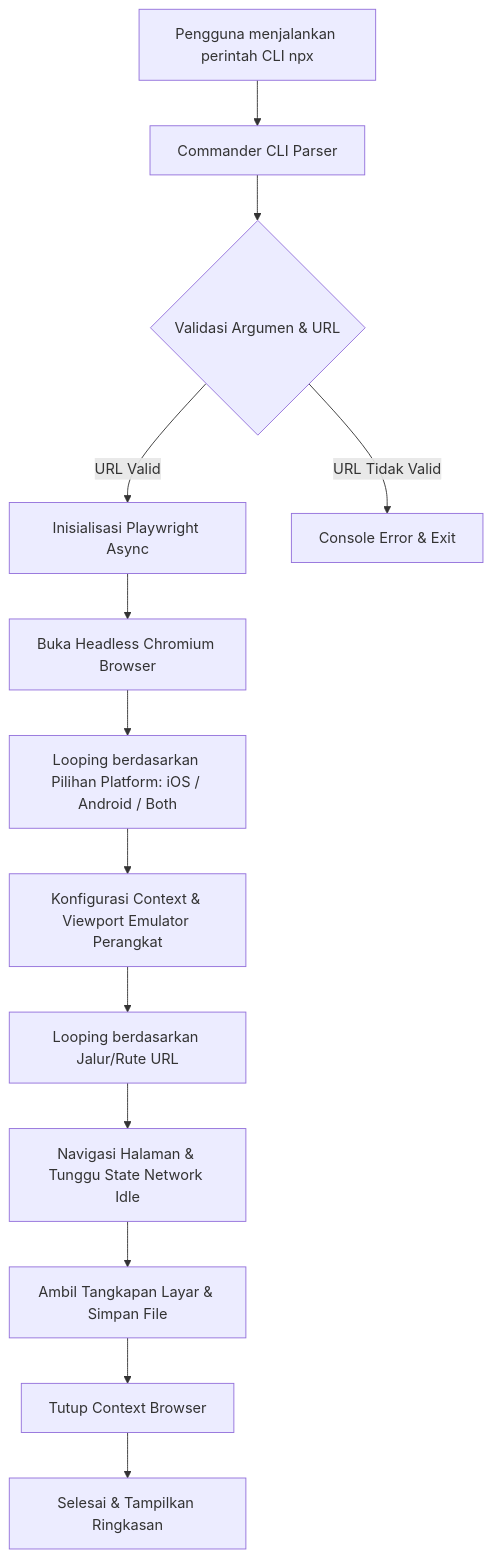
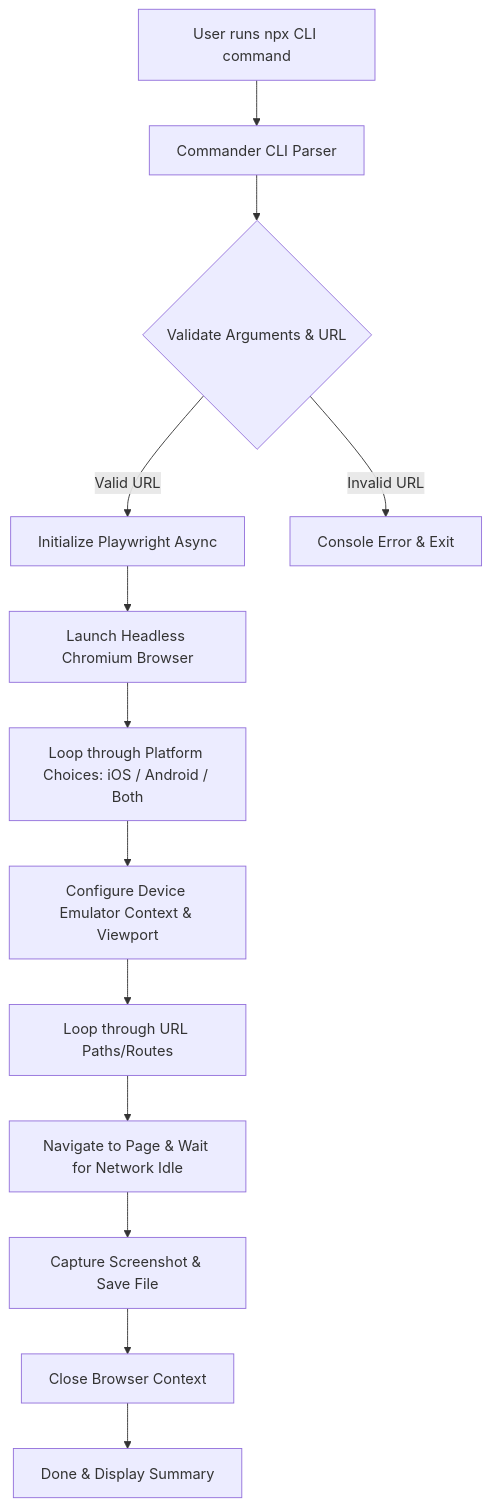
Before and after one commit to firstryan/mobile-snap: the diagram in README.md, drawn with Mermaid. The commit also changed other lines of this file and 4 other files, not shown here.

````diff
--- a/README.md
+++ b/README.md
@@ -19,15 +19,15 @@
 ```mermaid
 graph TD
-    A[Pengguna menjalankan perintah CLI npx] --> B[Commander CLI Parser]
-    B --> C{Validasi Argumen & URL}
-    C -->|URL Valid| D[Inisialisasi Playwright Async]
-    C -->|URL Tidak Valid| E[Console Error & Exit]
-    D --> F[Buka Headless Chromium Browser]
-    F --> G[Looping berdasarkan Pilihan Platform: iOS / Android / Both]
-    G --> H[Konfigurasi Context & Viewport Emulator Perangkat]
-    H --> I[Looping berdasarkan Jalur/Rute URL]
-    I --> J[Navigasi Halaman & Tunggu State Network Idle]
-    J --> K[Ambil Tangkapan Layar & Simpan File]
-    K --> L[Tutup Context Browser]
-    L --> M[Selesai & Tampilkan Ringkasan]
+    A[User runs npx CLI command] --> B[Commander CLI Parser]
+    B --> C{Validate Arguments & URL}
+    C -->|Valid URL| D[Initialize Playwright Async]
+    C -->|Invalid URL| E[Console Error & Exit]
+    D --> F[Launch Headless Chromium Browser]
+    F --> G[Loop through Platform Choices: iOS / Android / Both]
+    G --> H[Configure Device Emulator Context & Viewport]
+    H --> I[Loop through URL Paths/Routes]
+    I --> J[Navigate to Page & Wait for Network Idle]
+    J --> K[Capture Screenshot & Save File]
+    K --> L[Close Browser Context]
+    L --> M[Done & Display Summary]
 ```
````
